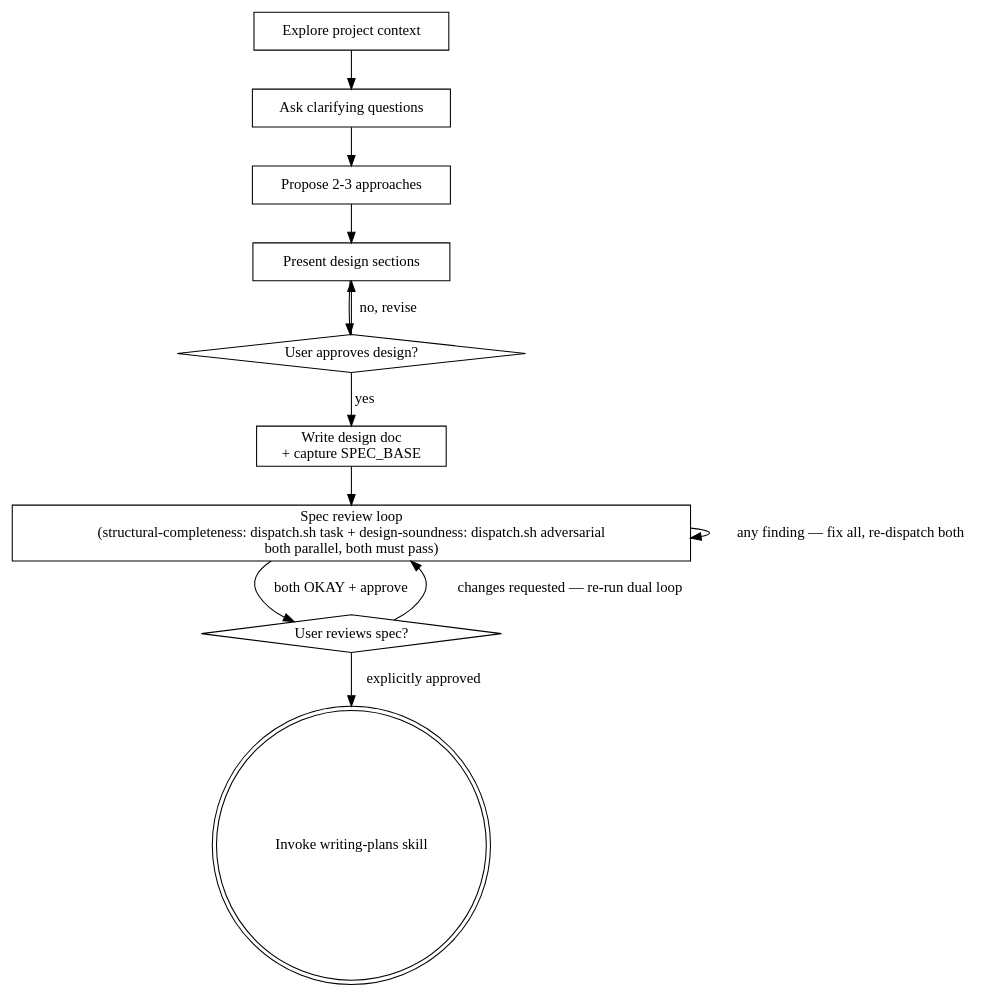
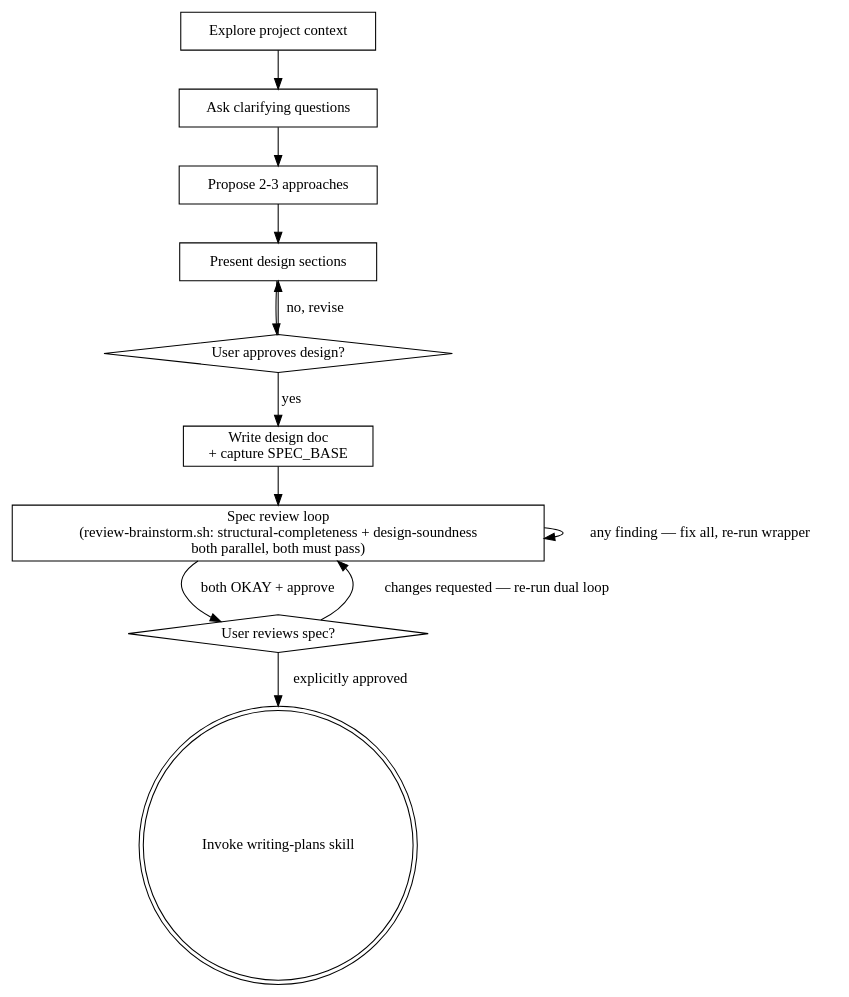
Before and after one commit to stu43005/superpowers-codex: the diagram in skills/brainstorming/SKILL.md, drawn with Graphviz. The commit also changed other lines of this file, not shown here.

Commit message:
docs: rewrite brainstorming spec-review dispatch to single review-brainstorm.sh

````diff
--- a/skills/brainstorming/SKILL.md
+++ b/skills/brainstorming/SKILL.md
@@ -35,25 +35,25 @@
 ```dot
 digraph brainstorming {
     "Explore project context" [shape=box];
     "Ask clarifying questions" [shape=box];
     "Propose 2-3 approaches" [shape=box];
     "Present design sections" [shape=box];
     "User approves design?" [shape=diamond];
     "Write design doc\n+ capture SPEC_BASE" [shape=box];
-    "Spec review loop\n(structural-completeness: dispatch.sh task + design-soundness: dispatch.sh adversarial\nboth parallel, both must pass)" [shape=box];
+    "Spec review loop\n(review-brainstorm.sh: structural-completeness + design-soundness\nboth parallel, both must pass)" [shape=box];
     "User reviews spec?" [shape=diamond];
     "Invoke writing-plans skill" [shape=doublecircle];
 
     "Explore project context" -> "Ask clarifying questions";
     "Ask clarifying questions" -> "Propose 2-3 approaches";
     "Propose 2-3 approaches" -> "Present design sections";
     "Present design sections" -> "User approves design?";
     "User approves design?" -> "Present design sections" [label="no, revise"];
     "User approves design?" -> "Write design doc\n+ capture SPEC_BASE" [label="yes"];
-    "Write design doc\n+ capture SPEC_BASE" -> "Spec review loop\n(structural-completeness: dispatch.sh task + design-soundness: dispatch.sh adversarial\nboth parallel, both must pass)";
-    "Spec review loop\n(structural-completeness: dispatch.sh task + design-soundness: dispatch.sh adversarial\nboth parallel, both must pass)" -> "Spec review loop\n(structural-completeness: dispatch.sh task + design-soundness: dispatch.sh adversarial\nboth parallel, both must pass)" [label="any finding — fix all, re-dispatch both"];
-    "Spec review loop\n(structural-completeness: dispatch.sh task + design-soundness: dispatch.sh adversarial\nboth parallel, both must pass)" -> "User reviews spec?" [label="both OKAY + approve"];
-    "User reviews spec?" -> "Spec review loop\n(structural-completeness: dispatch.sh task + design-soundness: dispatch.sh adversarial\nboth parallel, both must pass)" [label="changes requested — re-run dual loop"];
+    "Write design doc\n+ capture SPEC_BASE" -> "Spec review loop\n(review-brainstorm.sh: structural-completeness + design-soundness\nboth parallel, both must pass)";
+    "Spec review loop\n(review-brainstorm.sh: structural-completeness + design-soundness\nboth parallel, both must pass)" -> "Spec review loop\n(review-brainstorm.sh: structural-completeness + design-soundness\nboth parallel, both must pass)" [label="any finding — fix all, re-run wrapper"];
+    "Spec review loop\n(review-brainstorm.sh: structural-completeness + design-soundness\nboth parallel, both must pass)" -> "User reviews spec?" [label="both OKAY + approve"];
+    "User reviews spec?" -> "Spec review loop\n(review-brainstorm.sh: structural-completeness + design-soundness\nboth parallel, both must pass)" [label="changes requested — re-run dual loop"];
     "User reviews spec?" -> "Invoke writing-plans skill" [label="explicitly approved"];
 }
 ```
````
